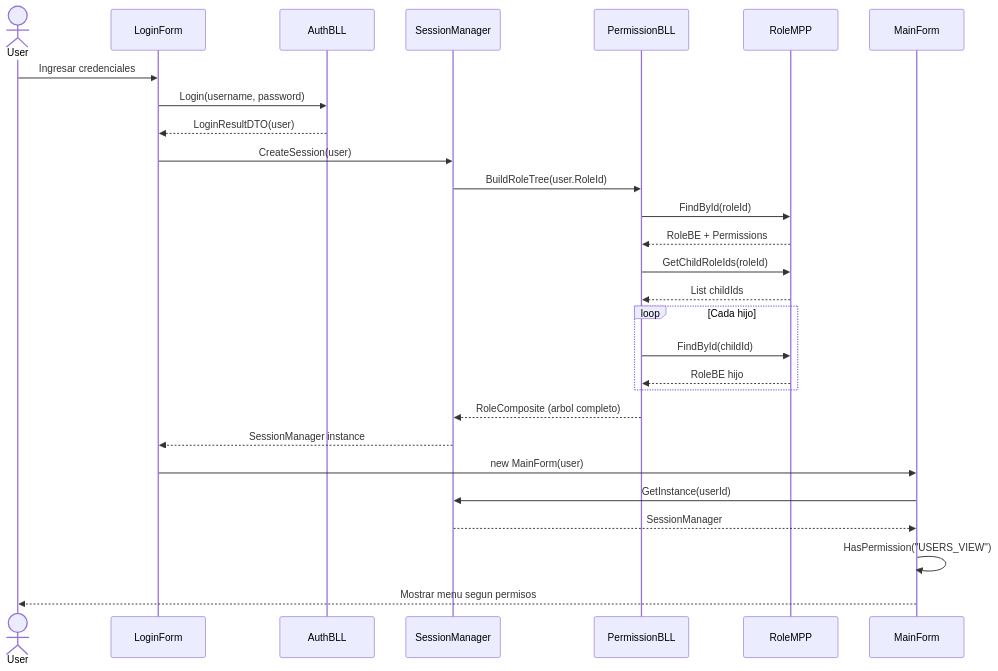
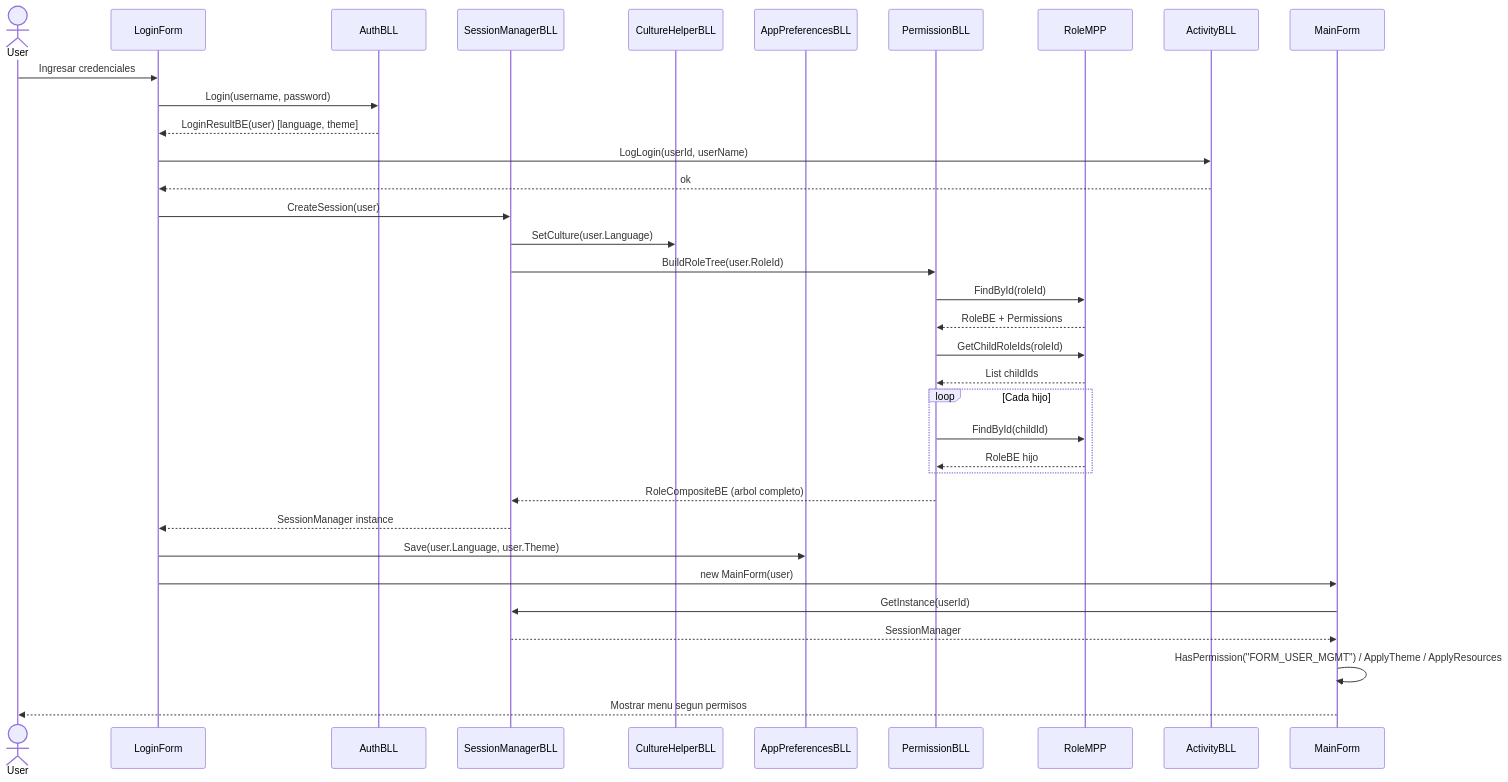
One commit to DarioZubaray/Proyecto-Final changed the diagram in docs/diagramas/secuencia-login.mmd. Above: the diagram before and after it, drawn with Mermaid. The commit also changed 12 other files, not shown here.

Commit message:
diagrams updates

```diff
--- a/docs/diagramas/secuencia-login.mmd
+++ b/docs/diagramas/secuencia-login.mmd
@@ -1,29 +1,36 @@
 sequenceDiagram
     actor User
     participant LF as LoginForm
     participant Auth as AuthBLL
-    participant SM as SessionManager
+    participant SM as SessionManagerBLL
+    participant CH as CultureHelperBLL
+    participant AP as AppPreferencesBLL
     participant PBLL as PermissionBLL
     participant RMPP as RoleMPP
+    participant Act as ActivityBLL
     participant MF as MainForm
 
     User->>LF: Ingresar credenciales
     LF->>Auth: Login(username, password)
-    Auth-->>LF: LoginResultDTO(user)
+    Auth-->>LF: LoginResultBE(user) [language, theme]
+    LF->>Act: LogLogin(userId, userName)
+    Act-->>LF: ok
     LF->>SM: CreateSession(user)
+    SM->>CH: SetCulture(user.Language)
     SM->>PBLL: BuildRoleTree(user.RoleId)
     PBLL->>RMPP: FindById(roleId)
     RMPP-->>PBLL: RoleBE + Permissions
     PBLL->>RMPP: GetChildRoleIds(roleId)
     RMPP-->>PBLL: List childIds
     loop Cada hijo
         PBLL->>RMPP: FindById(childId)
         RMPP-->>PBLL: RoleBE hijo
     end
-    PBLL-->>SM: RoleComposite (arbol completo)
+    PBLL-->>SM: RoleCompositeBE (arbol completo)
     SM-->>LF: SessionManager instance
+    LF->>AP: Save(user.Language, user.Theme)
     LF->>MF: new MainForm(user)
     MF->>SM: GetInstance(userId)
     SM-->>MF: SessionManager
-    MF->>MF: HasPermission("USERS_VIEW")
+    MF->>MF: HasPermission("FORM_USER_MGMT") / ApplyTheme / ApplyResources
     MF-->>User: Mostrar menu segun permisos
```
